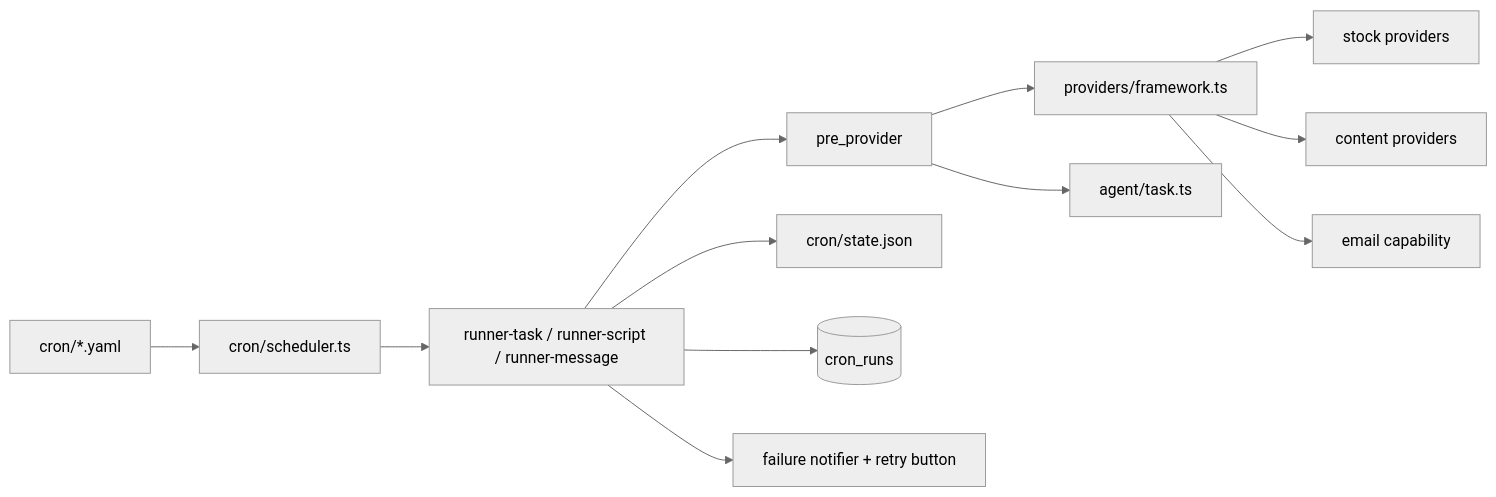
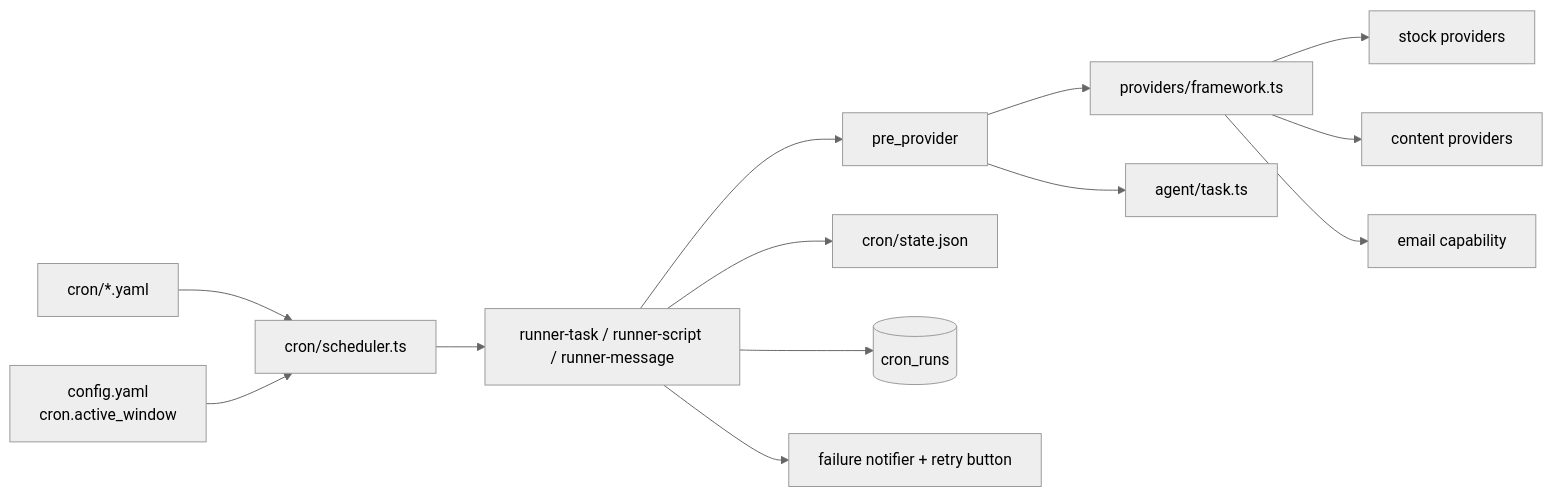
The fifth of 6 diagrams in docs/architecture.md (yuanyunfan/miniclaw), drawn with Mermaid (neutral theme) before and after one commit. The commit also changed other lines of this file and 19 other files, not shown here.

Commit message:
feat: add cron active window guard

````diff
--- a/docs/architecture.md
+++ b/docs/architecture.md
@@ -187,14 +187,15 @@
 ```mermaid
 flowchart LR
   Job["cron/*.yaml"] --> Scheduler["cron/scheduler.ts"]
+  Config["config.yaml<br/>cron.active_window"] --> Scheduler
   Scheduler --> Runner["runner-task / runner-script / runner-message"]
   Runner --> PreProvider["pre_provider"]
   PreProvider --> Framework["providers/framework.ts"]
   Framework --> Stock["stock providers"]
   Framework --> Content["content providers"]
   Framework --> Email["email capability"]
   PreProvider --> Task["agent/task.ts"]
   Runner --> State["cron/state.json"]
   Runner --> Runs[("cron_runs")]
   Runner --> Retry["failure notifier + retry button"]
 ```
````
